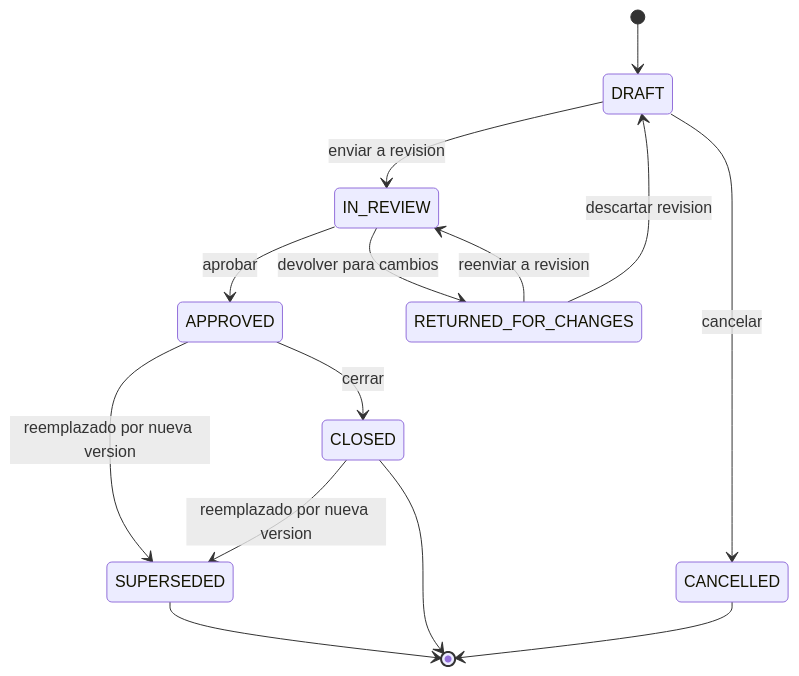
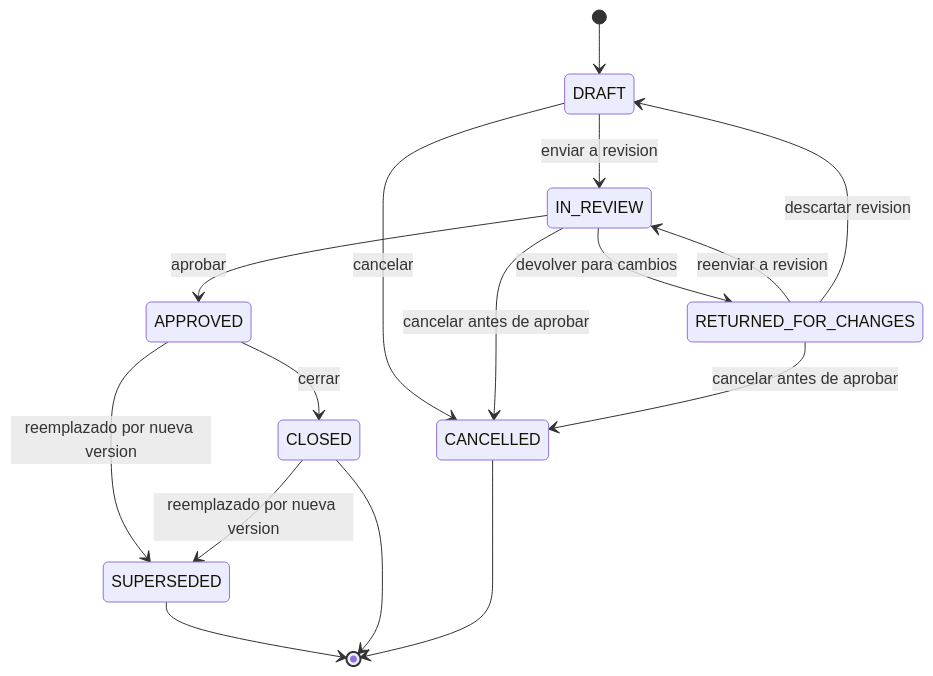
The second of 30 diagrams in docs/bloqer2.0/01-domain/STATE_MACHINES.md (simonbravin/bloqer-v2), drawn with Mermaid before and after one commit. The commit also changed other lines of this file and 427 other files, not shown here.

````diff
--- a/docs/bloqer2.0/01-domain/STATE_MACHINES.md
+++ b/docs/bloqer2.0/01-domain/STATE_MACHINES.md
@@ -64,16 +64,18 @@
 ```mermaid
 stateDiagram-v2
   [*] --> DRAFT
   DRAFT --> IN_REVIEW : enviar a revision
   IN_REVIEW --> APPROVED : aprobar
   IN_REVIEW --> RETURNED_FOR_CHANGES : devolver para cambios
   RETURNED_FOR_CHANGES --> IN_REVIEW : reenviar a revision
   RETURNED_FOR_CHANGES --> DRAFT : descartar revision
   APPROVED --> CLOSED : cerrar
   DRAFT --> CANCELLED : cancelar
+  IN_REVIEW --> CANCELLED : cancelar antes de aprobar
+  RETURNED_FOR_CHANGES --> CANCELLED : cancelar antes de aprobar
   APPROVED --> SUPERSEDED : reemplazado por nueva version
   CLOSED --> SUPERSEDED : reemplazado por nueva version
   SUPERSEDED --> [*]
   CLOSED --> [*]
   CANCELLED --> [*]
 ```
````
